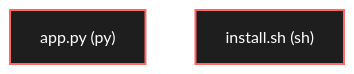
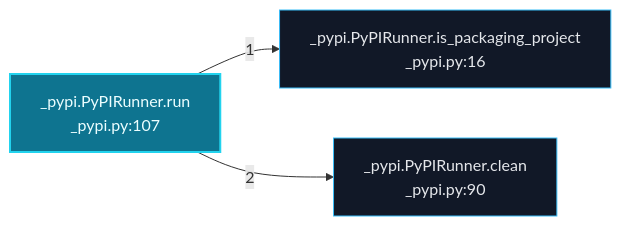
Before and after one commit to grisuno/deploynator: the eighth of 17 diagrams in KNOWLEDGE_BASE.md, drawn with Mermaid. The commit also changed other lines of this file and 188 other files, not shown here.

````diff
--- a/KNOWLEDGE_BASE.md
+++ b/KNOWLEDGE_BASE.md
@@ -161,11 +540,10 @@
 ```mermaid
-graph TD
-    classDef mod fill:#1e1e1e,stroke:#ff6666,stroke-width:2px,color:#fff;
-    classDef cls fill:#2d2d2d,stroke:#4ec9b0,stroke-width:2px,color:#fff;
-    classDef fn fill:#333,stroke:#dcdcaa,stroke-width:1px,color:#dcdcaa;
-    classDef ext fill:#111,stroke:#666,stroke-dasharray:5 5,color:#aaa;
-    app_py["app.py (py)"]
-    class app_py mod;
-    install_sh["install.sh (sh)"]
-    class install_sh mod;
+flowchart LR
+    classDef default fill:#111827,stroke:#38bdf8,color:#e5e7eb;
+    classDef entry fill:#0e7490,stroke:#22d3ee,color:#ecfeff,stroke-width:2px;
+    n_deploynator__pypi_py__run["_pypi.PyPIRunner.run<br/>_pypi.py:107"]:::entry
+    n_deploynator__pypi_py__is_packaging_project["_pypi.PyPIRunner.is_packaging_project<br/>_pypi.py:16"]:::default
+    n_deploynator__pypi_py__clean["_pypi.PyPIRunner.clean<br/>_pypi.py:90"]:::default
+    n_deploynator__pypi_py__run -->|"1"| n_deploynator__pypi_py__is_packaging_project
+    n_deploynator__pypi_py__run -->|"2"| n_deploynator__pypi_py__clean
 ```
````
